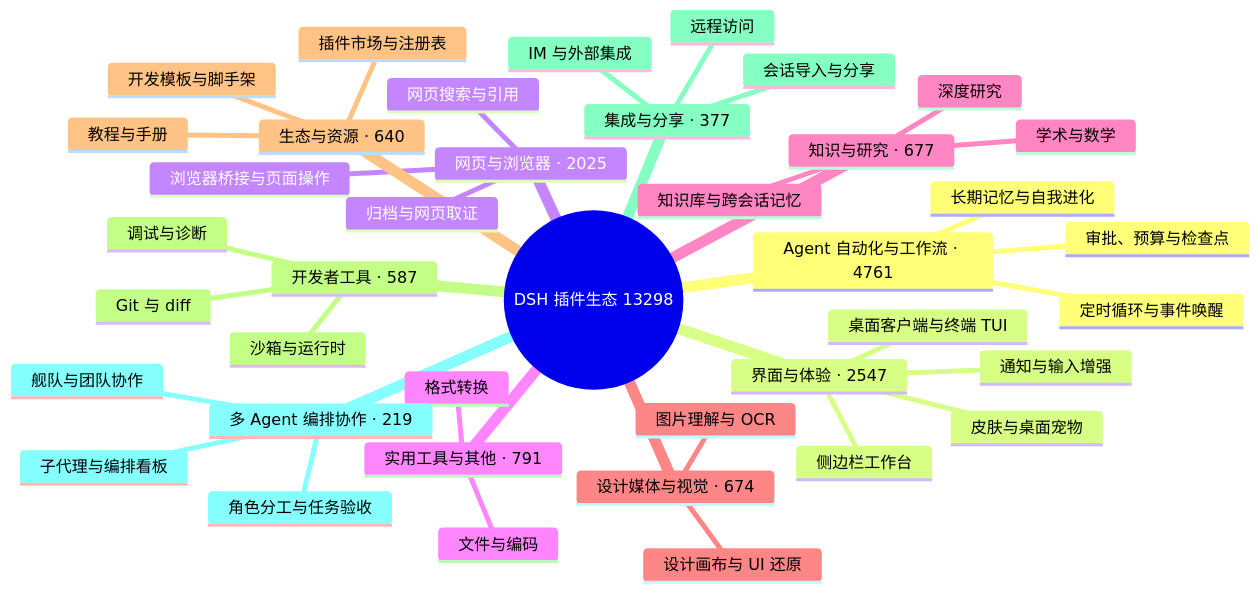
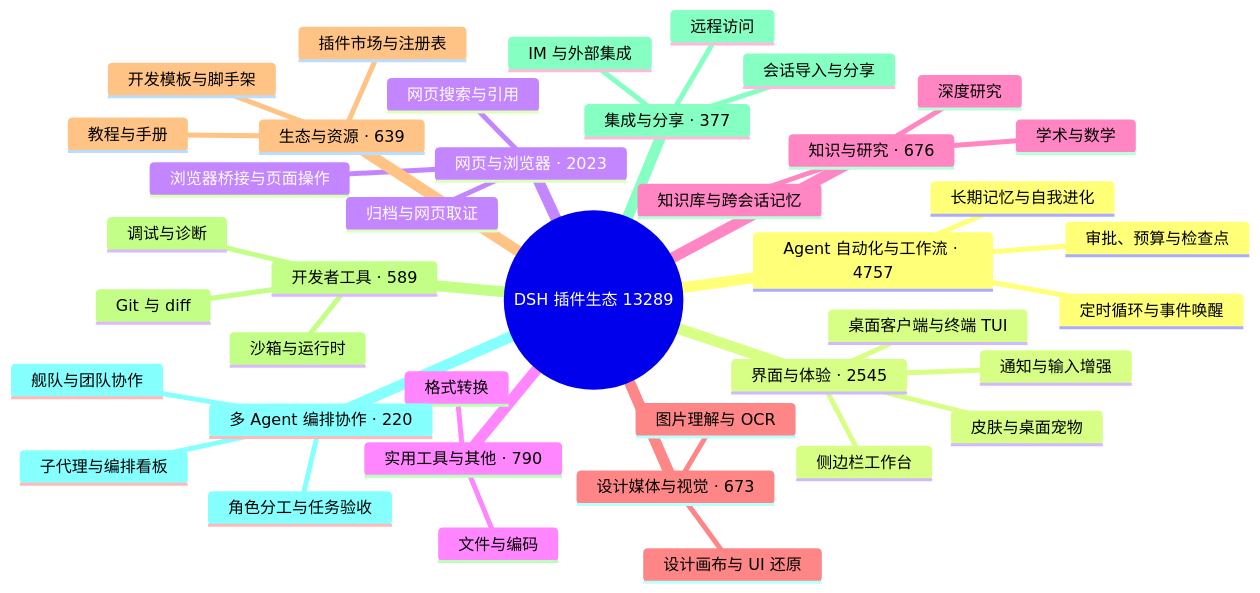
The diagram in README.md (BOWLUNA/awesome-dsh-plugin), drawn with Mermaid before and after one commit. The commit also changed other lines of this file and 21 other files, not shown here.

````diff
--- a/README.md
+++ b/README.md
@@ -32,43 +32,43 @@
 ```mermaid
 mindmap
-  root((DSH 插件生态 13298))
-    Agent 自动化与工作流 · 4761
+  root((DSH 插件生态 13289))
+    Agent 自动化与工作流 · 4757
       定时循环与事件唤醒
       长期记忆与自我进化
       审批、预算与检查点
-    界面与体验 · 2547
+    界面与体验 · 2545
       桌面客户端与终端 TUI
       侧边栏工作台
       皮肤与桌面宠物
       通知与输入增强
-    网页与浏览器 · 2025
+    网页与浏览器 · 2023
       浏览器桥接与页面操作
       网页搜索与引用
       归档与网页取证
-    实用工具与其他 · 791
+    实用工具与其他 · 790
       文件与编码
       格式转换
-    知识与研究 · 677
+    知识与研究 · 676
       知识库与跨会话记忆
       深度研究
       学术与数学
-    设计媒体与视觉 · 674
+    设计媒体与视觉 · 673
       图片理解与 OCR
       设计画布与 UI 还原
-    生态与资源 · 640
+    生态与资源 · 639
       插件市场与注册表
       开发模板与脚手架
       教程与手册
-    开发者工具 · 587
+    开发者工具 · 589
       Git 与 diff
       沙箱与运行时
       调试与诊断
     集成与分享 · 377
       会话导入与分享
       远程访问
       IM 与外部集成
-    多 Agent 编排协作 · 219
+    多 Agent 编排协作 · 220
       子代理与编排看板
       舰队与团队协作
       角色分工与任务验收
 ```
````
